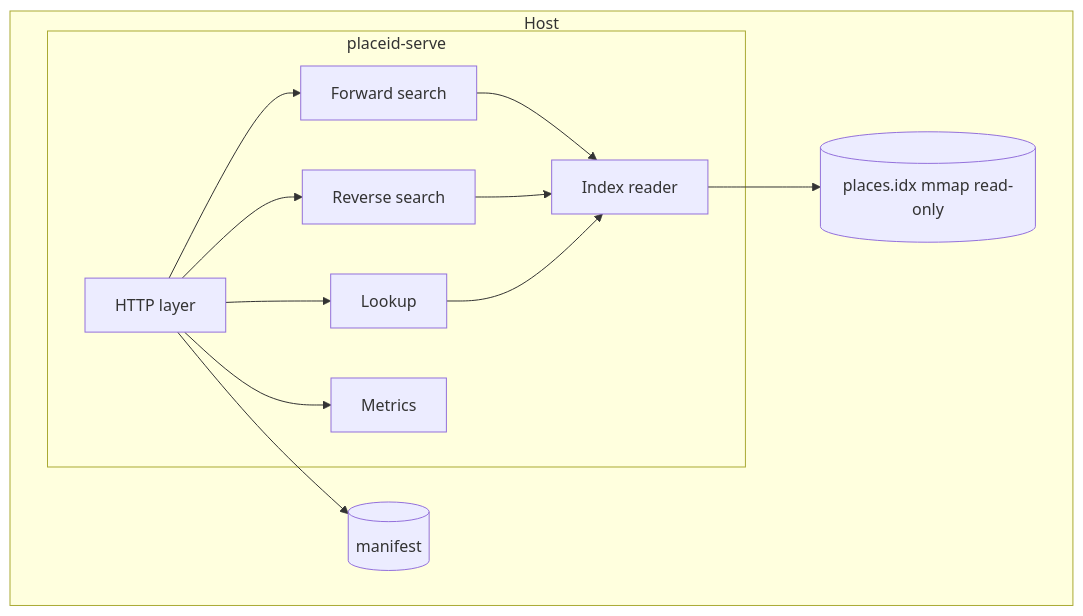
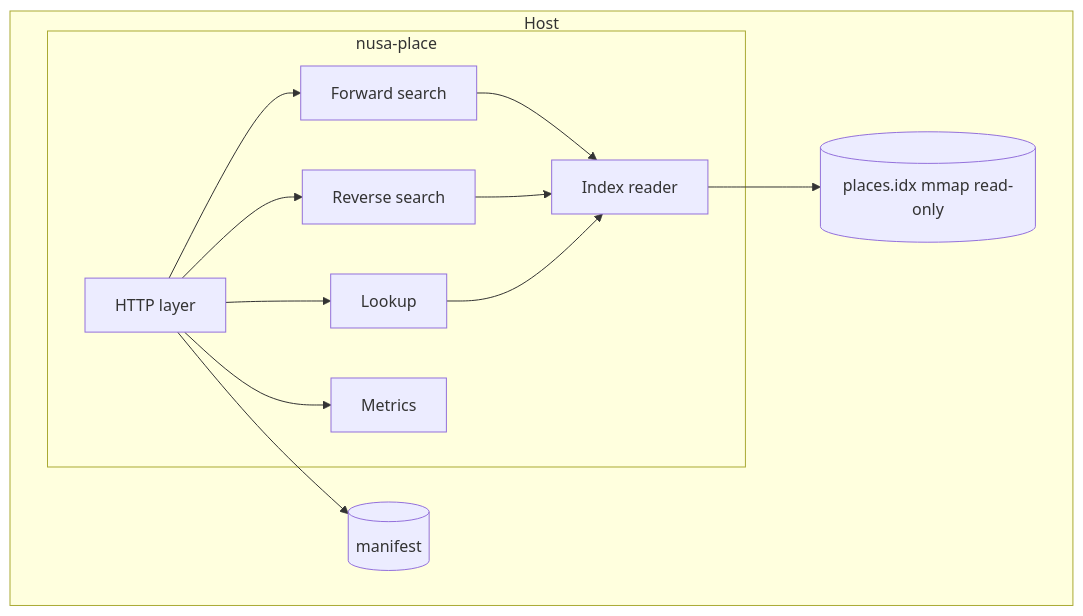
The second of 5 diagrams in docs/ARCHITECTURE.md (nusapeta/place), drawn with Mermaid before and after one commit. The commit also changed other lines of this file and 48 other files, not shown here.

First line of the commit message:
rename: rebrand placeid as nusapeta/place

````diff
--- a/docs/ARCHITECTURE.md
+++ b/docs/ARCHITECTURE.md
@@ -35,24 +35,24 @@
 ```mermaid
 flowchart TB
     subgraph Host
-        subgraph Serve[placeid-serve]
+        subgraph Serve[nusa-place]
             HTTP[HTTP layer]
             FWD[Forward search]
             REV[Reverse search]
             LOOK[Lookup]
             READER[Index reader]
             METRICS[Metrics]
         end
         IDX[(places.idx mmap read-only)]
         JSON[(manifest)]
         HTTP --> FWD
         HTTP --> REV
         HTTP --> LOOK
         HTTP --> METRICS
         FWD --> READER
         REV --> READER
         LOOK --> READER
         READER --> IDX
         HTTP --> JSON
     end
 ```
````
